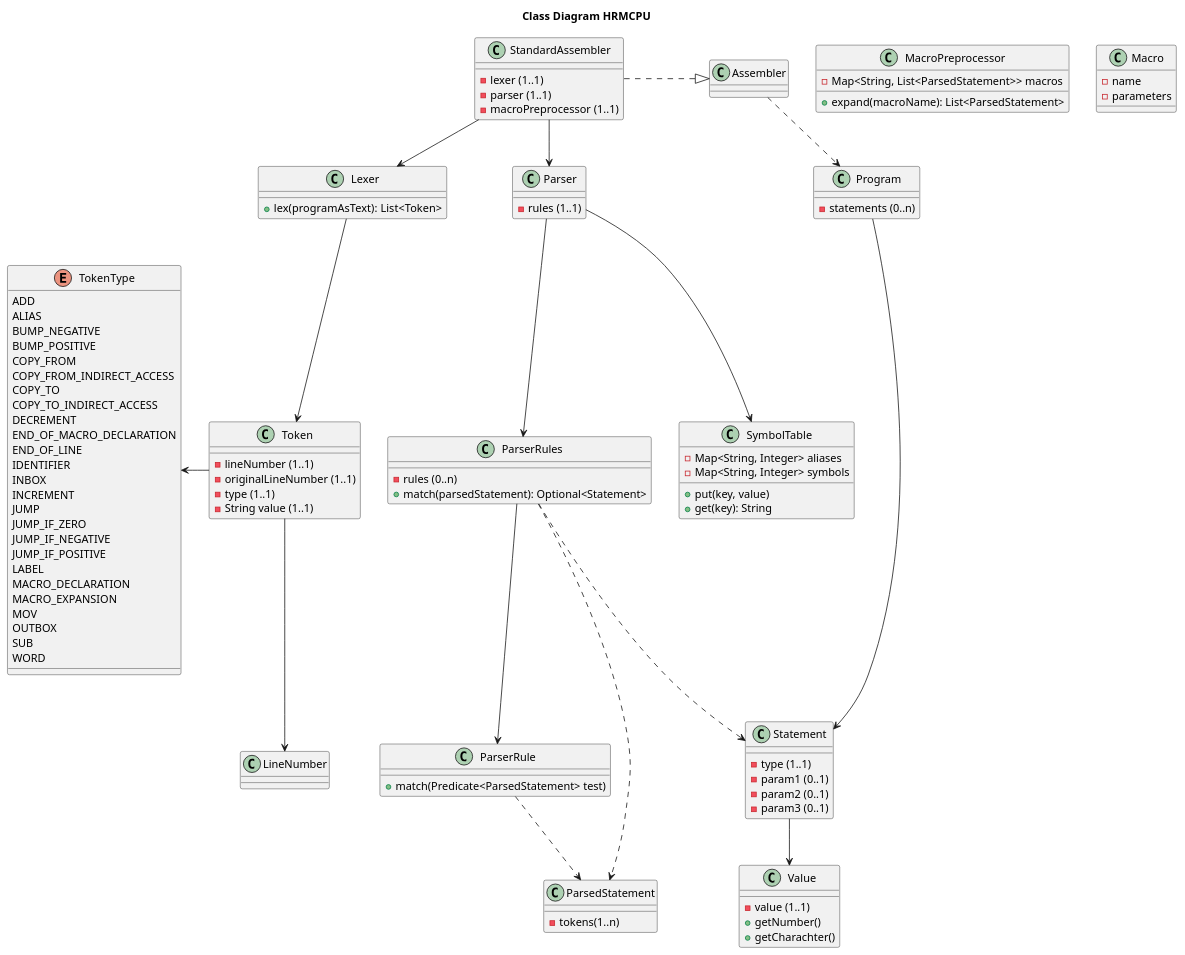
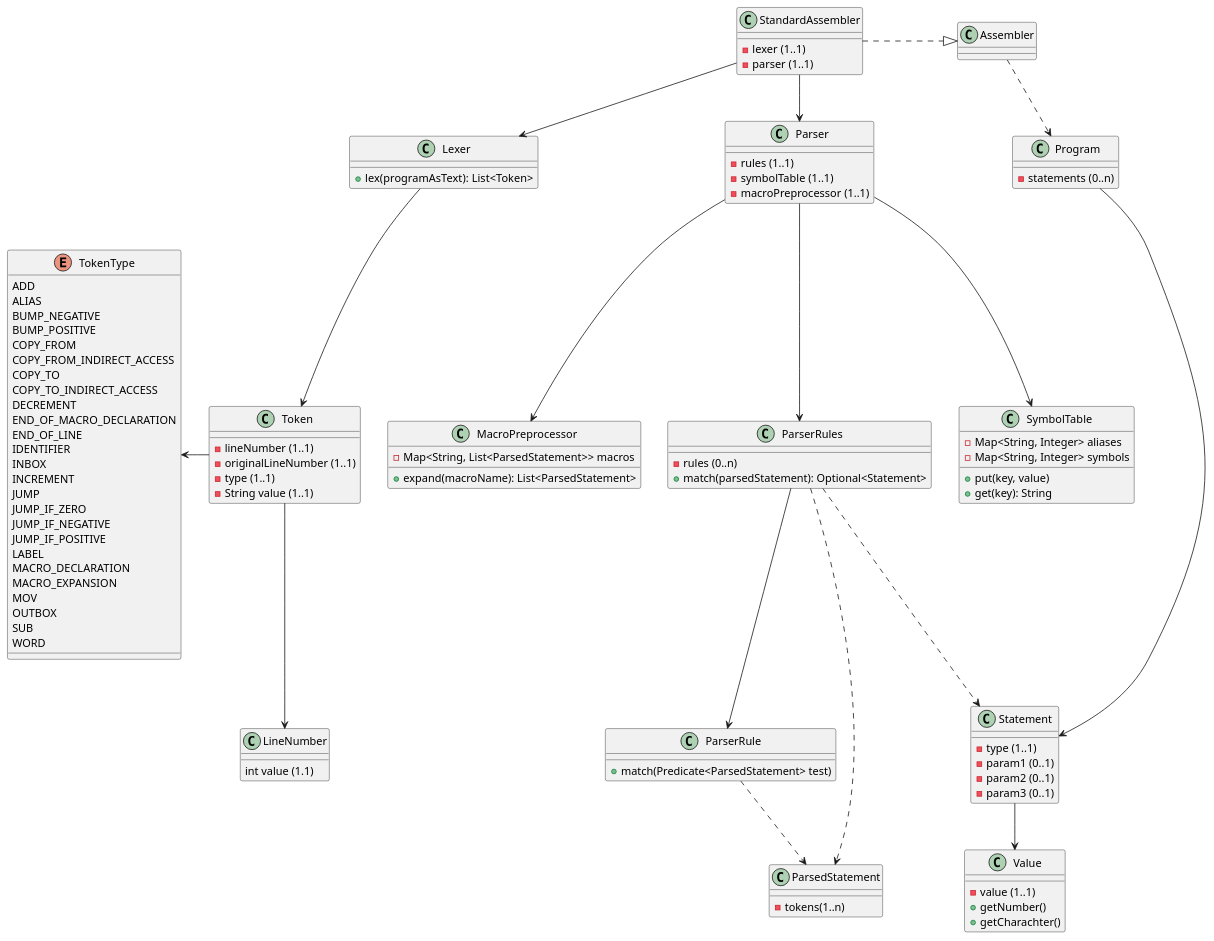
The diagram in docs/ClassDiagramAssembler.puml (TristanoSuriani/HRM-assembly), drawn with PlantUML before and after one commit. The commit also changed 5 other files, not shown here.

```diff
--- a/docs/ClassDiagramAssembler.puml
+++ b/docs/ClassDiagramAssembler.puml
@@ -1,127 +1,122 @@
 @startuml
-
-title Class Diagram HRMCPU
 
 class Value {
   -value (1..1)
   +getNumber()
   +getCharachter()
 }
 
 
 class Program {
   -statements (0..n)
 }
 
 class Statement {
   -type (1..1)
   -param1 (0..1)
   -param2 (0..1)
   -param3 (0..1)
 }
 
 
 class StandardAssembler {
   -lexer (1..1)
   -parser (1..1)
-  -macroPreprocessor (1..1)
 }
 
 class Lexer {
   +lex(programAsText): List<Token>
 }
 
 class Token {
   -lineNumber (1..1)
   -originalLineNumber (1..1)
   -type (1..1)
   -String value (1..1)
 }
 
 class LineNumber {
+  int value (1.1)
 }
 
 enum TokenType {
   ADD
   ALIAS
   BUMP_NEGATIVE
   BUMP_POSITIVE
   COPY_FROM
   COPY_FROM_INDIRECT_ACCESS
   COPY_TO
   COPY_TO_INDIRECT_ACCESS
   DECREMENT
   END_OF_MACRO_DECLARATION
   END_OF_LINE
   IDENTIFIER
   INBOX
   INCREMENT
   JUMP
   JUMP_IF_ZERO
   JUMP_IF_NEGATIVE
   JUMP_IF_POSITIVE
   LABEL
   MACRO_DECLARATION
   MACRO_EXPANSION
   MOV
   OUTBOX
   SUB
   WORD
 }
 
 class Parser {
   -rules (1..1)
+  -symbolTable (1..1)
+  -macroPreprocessor (1..1)
 }
 
 class ParserRules {
   -rules (0..n)
   +match(parsedStatement): Optional<Statement>
 }
 
 class ParserRule {
   +match(Predicate<ParsedStatement> test)
 }
 
 class ParsedStatement {
   -tokens(1..n)
 }
 
 class SymbolTable {
   -Map<String, Integer> aliases
   -Map<String, Integer> symbols
 
   +put(key, value)
   +get(key): String
 }
 
 class MacroPreprocessor {
   -Map<String, List<ParsedStatement>> macros
 
   +expand(macroName): List<ParsedStatement>
-
-}
-
-class Macro {
-  -name
-  -parameters
 }
 
 Assembler .down.> Program
 StandardAssembler .down|> Assembler
 Program -down-> Statement
 Statement -down-> Value
 StandardAssembler -down-> Lexer
 StandardAssembler -down-> Parser
 
 Lexer -down-> Token
 Token -left-> TokenType
 Token -down-> LineNumber
 
 Parser -down-> ParserRules
 Parser -down-> SymbolTable
+Parser -down-> MacroPreprocessor
 ParserRules -down-> ParserRule
 ParserRules .down.> ParsedStatement
 ParserRules .down.> Statement
 ParserRule .down.> ParsedStatement
 
 @enduml
```
